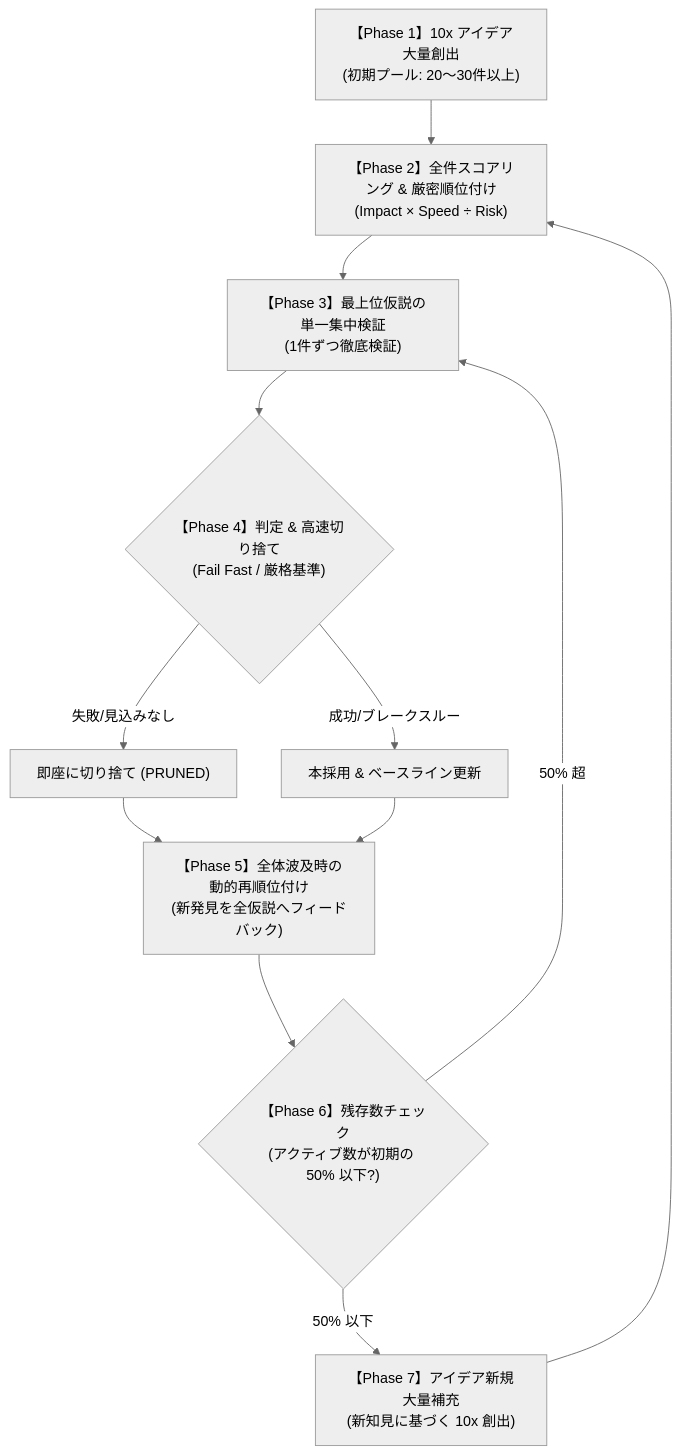
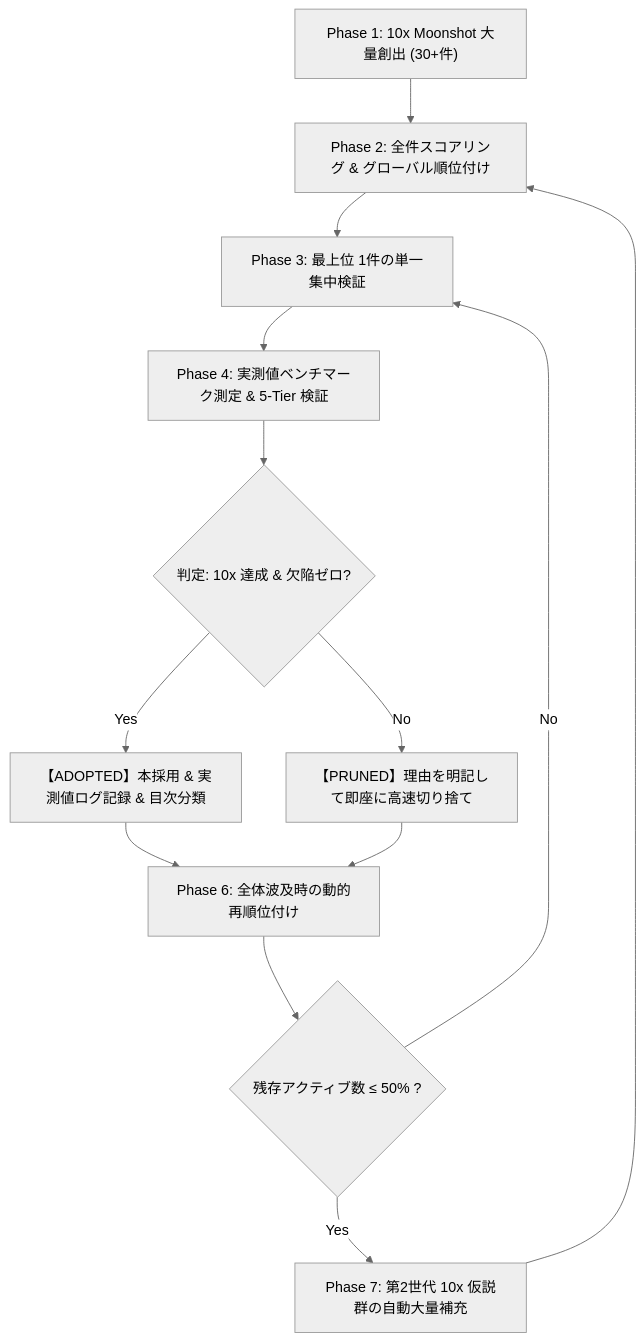
One commit to shutsuruwork-afk/sister-problem changed the diagram in .agents/skills/fail-fast-moonshot-loop/SKILL.md. Above: the diagram before and after it, drawn with Mermaid (neutral theme). The commit also changed other lines of this file and 2 other files, not shown here.

Commit message:
Enforce strict one-by-one verification and benchmark logging in SKILL.md, verify all 19 files in 5-tier suite with zero defects, publish BREAKTHROUGH_BENCHMARKS.md

````diff
--- a/.agents/skills/fail-fast-moonshot-loop/SKILL.md
+++ b/.agents/skills/fail-fast-moonshot-loop/SKILL.md
@@ -18,17 +35,15 @@
 ```mermaid
 graph TD
-    P1["【Phase 1】10x アイデア大量創出<br/>(初期プール: 20〜30件以上)"]
-    P2["【Phase 2】全件スコアリング & 厳密順位付け<br/>(Impact × Speed ÷ Risk)"]
-    P3["【Phase 3】最上位仮説の単一集中検証<br/>(1件ずつ徹底検証)"]
-    P4{"【Phase 4】判定 & 高速切り捨て<br/>(Fail Fast / 厳格基準)"}
-    P5["【Phase 5】全体波及時の動的再順位付け<br/>(新発見を全仮説へフィードバック)"]
-    P6{"【Phase 6】残存数チェック<br/>(アクティブ数が初期の 50% 以下?)"}
-    P7["【Phase 7】アイデア新規大量補充<br/>(新知見に基づく 10x 創出)"]
-
-    P1 --> P2 --> P3 --> P4
-    P4 -- "失敗/見込みなし" --> Drop["即座に切り捨て (PRUNED)"] --> P5
-    P4 -- "成功/ブレークスルー" --> Adopt["本採用 & ベースライン更新"] --> P5
-    P5 --> P6
-    P6 -- "50% 以下" --> P7 --> P2
-    P6 -- "50% 超" --> P3
+    P1["Phase 1: 10x Moonshot 大量創出 (30+件)"] --> P2["Phase 2: 全件スコアリング & グローバル順位付け"]
+    P2 --> P3["Phase 3: 最上位 1件の単一集中検証"]
+    P3 --> P4["Phase 4: 実測値ベンチマーク測定 & 5-Tier 検証"]
+    P4 --> P5{"判定: 10x 達成 & 欠陥ゼロ?"}
+    P5 -- "Yes" --> P6A["【ADOPTED】本採用 & 実測値ログ記録 & 目次分類"]
+    P5 -- "No" --> P6B["【PRUNED】理由を明記して即座に高速切り捨て"]
+    P6A --> P7["Phase 6: 全体波及時の動的再順位付け"]
+    P6B --> P7
+    P7 --> P8{"残存アクティブ数 ≤ 50% ?"}
+    P8 -- "Yes" --> P9["Phase 7: 第2世代 10x 仮説群の自動大量補充"]
+    P9 --> P2
+    P8 -- "No" --> P3
 ```
````
